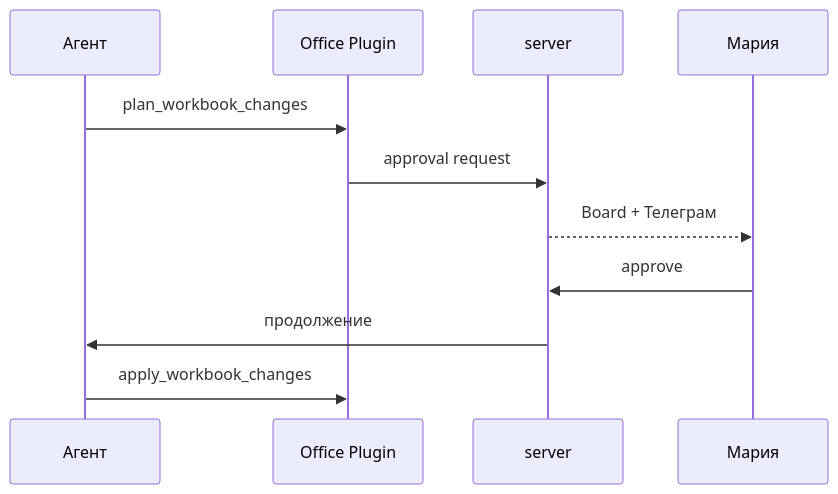
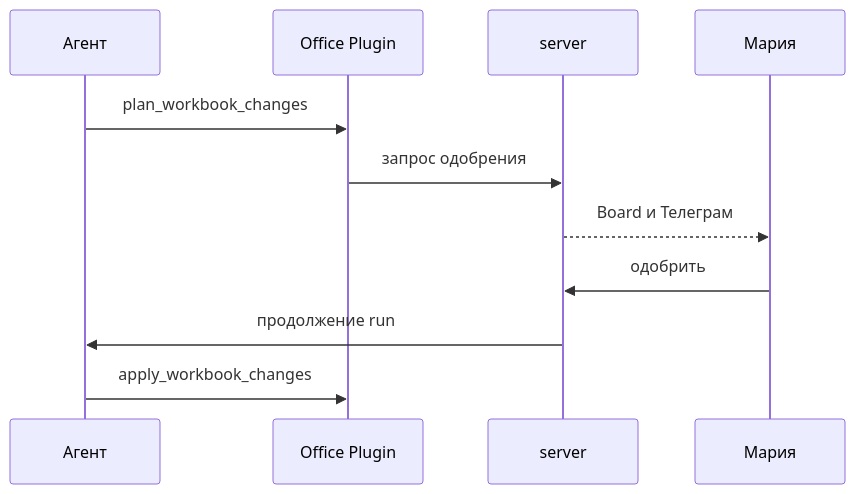
Before and after one commit to Dmitriion/datagent-docs: the diagram in docs/guides/04-trust-and-approval.md, drawn with Mermaid. The commit also changed other lines of this file and 11 other files, not shown here.

````diff
--- a/docs/guides/04-trust-and-approval.md
+++ b/docs/guides/04-trust-and-approval.md
@@ -34,13 +32,13 @@
 ```mermaid
 sequenceDiagram
   participant A as Агент
   participant P as Office Plugin
   participant S as server
   participant M as Мария
   A->>P: plan_workbook_changes
-  P->>S: approval request
-  S-->>M: Board + Телеграм
-  M->>S: approve
-  S->>A: продолжение
+  P->>S: запрос одобрения
+  S-->>M: Board и Телеграм
+  M->>S: одобрить
+  S->>A: продолжение run
   A->>P: apply_workbook_changes
 ```
````
